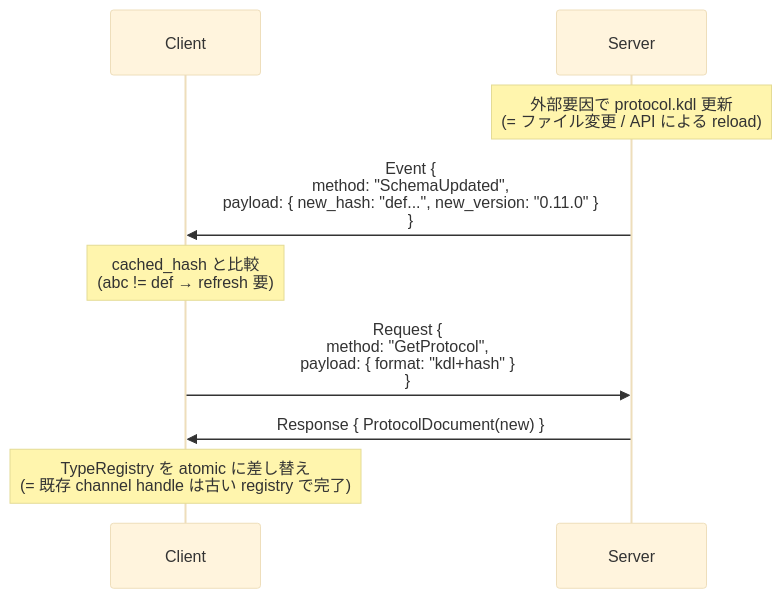
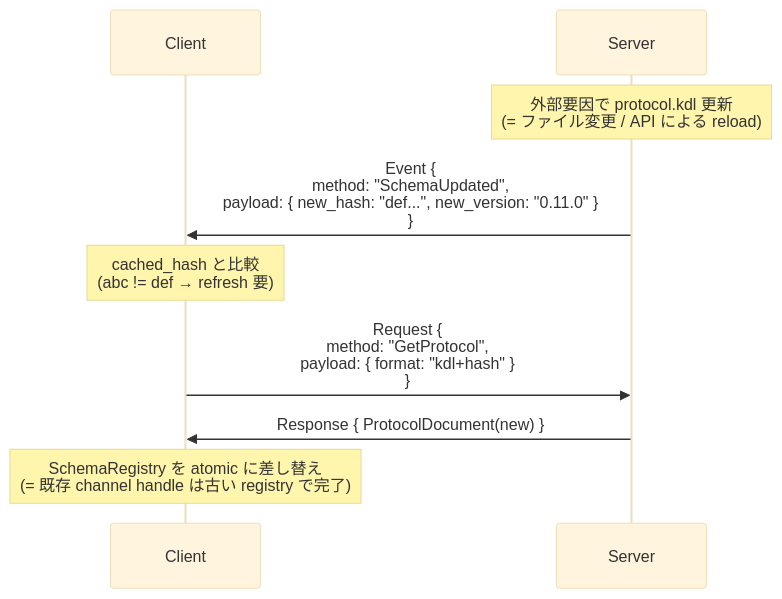
Before and after one commit to chronista-club/club-unison: the third of 5 diagrams in spec/04-discovery/SPEC.md, drawn with Mermaid (base theme). The commit also changed other lines of this file and 24 other files, not shown here.

````diff
--- a/spec/04-discovery/SPEC.md
+++ b/spec/04-discovery/SPEC.md
@@ -228,17 +233,17 @@
 ```mermaid
 sequenceDiagram
     participant C as Client
     participant S as Server
 
     Note over S: 外部要因で protocol.kdl 更新<br/>(= ファイル変更 / API による reload)
 
     S->>C: Event {<br/>  method: "SchemaUpdated",<br/>  payload: { new_hash: "def...", new_version: "0.11.0" }<br/>}
 
     Note over C: cached_hash と比較<br/>(abc != def → refresh 要)
 
     C->>S: Request {<br/>  method: "GetProtocol",<br/>  payload: { format: "kdl+hash" }<br/>}
 
     S->>C: Response { ProtocolDocument(new) }
 
-    Note over C: TypeRegistry を atomic に差し替え<br/>(= 既存 channel handle は古い registry で完了)
+    Note over C: SchemaRegistry を atomic に差し替え<br/>(= 既存 channel handle は古い registry で完了)
 ```
````
